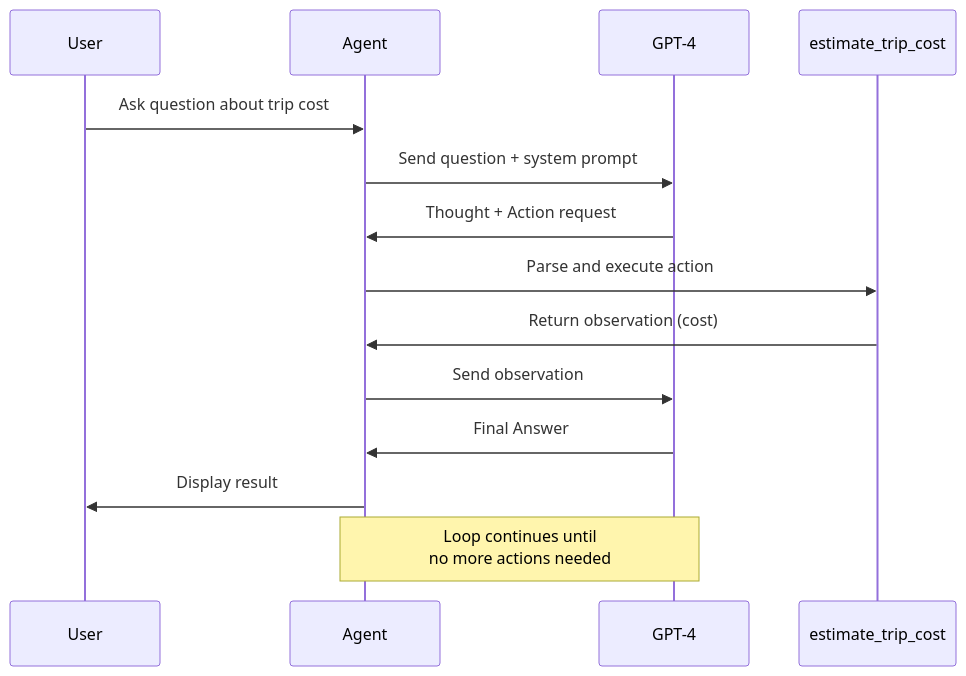
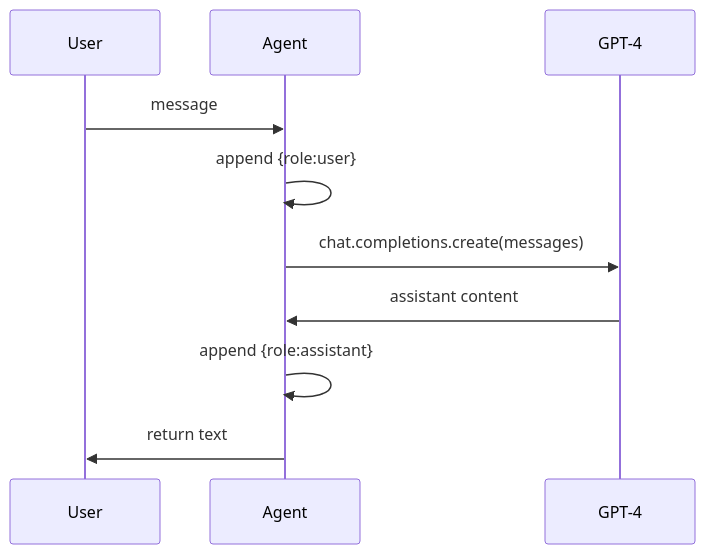
Before and after one commit to Project-Be-Better/learning-swe5008-archaas: the second of 4 diagrams in 0_simple_agent.md, drawn with Mermaid. The commit also changed other lines of this file and 2 other files, not shown here.

````diff
--- a/0_simple_agent.md
+++ b/0_simple_agent.md
@@ -38,19 +102,13 @@
 ```mermaid
 sequenceDiagram
-    participant User
-    participant Agent
-    participant LLM as GPT-4
-    participant Tool as estimate_trip_cost
+    participant U as User
+    participant A as Agent
+    participant L as GPT-4
 
-    User->>Agent: Ask question about trip cost
-    Agent->>LLM: Send question + system prompt
-    LLM->>Agent: Thought + Action request
-    Agent->>Tool: Parse and execute action
-    Tool->>Agent: Return observation (cost)
-    Agent->>LLM: Send observation
-    LLM->>Agent: Final Answer
-    Agent->>User: Display result
-
-    Note over Agent,LLM: Loop continues until<br/>no more actions needed
-
+    U->>A: message
+    A->>A: append {role:user}
+    A->>L: chat.completions.create(messages)
+    L->>A: assistant content
+    A->>A: append {role:assistant}
+    A->>U: return text
 ```
````
